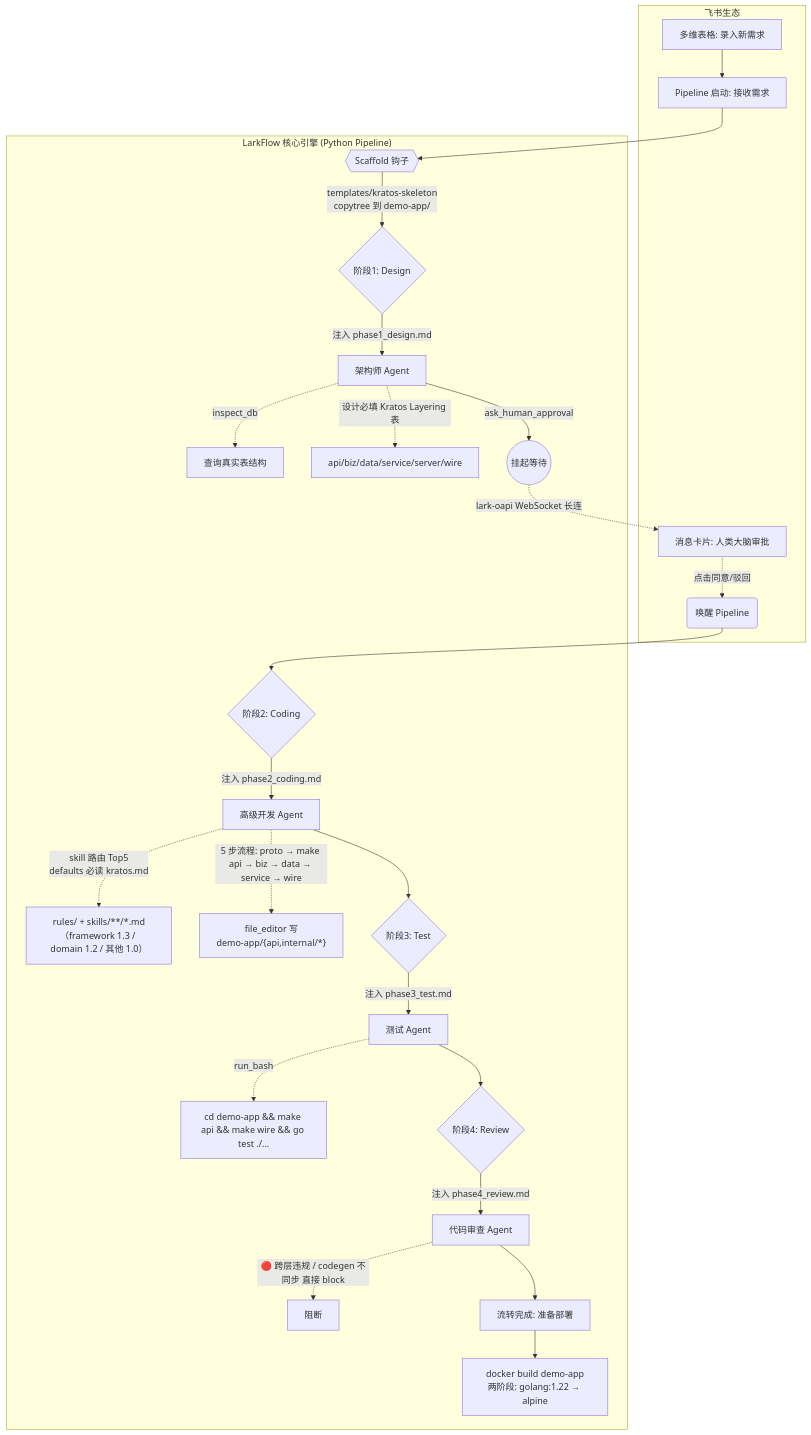
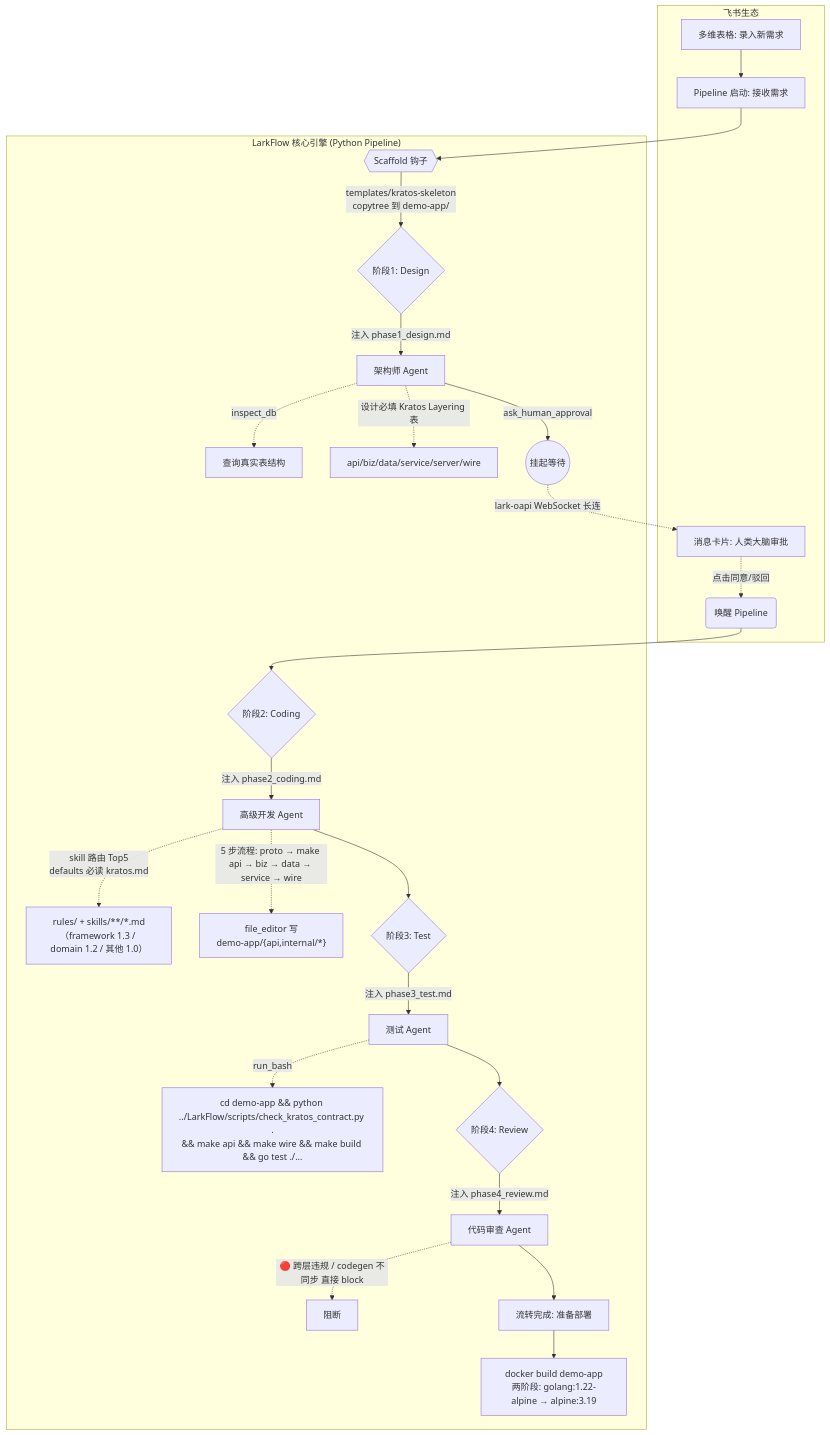
Before and after one commit to T-X-1013/LarkFlow: the diagram in README.md, drawn with Mermaid. The commit also changed other lines of this file and 22 other files, not shown here.

````diff
--- a/README.md
+++ b/README.md
@@ -24,29 +24,29 @@
 ```mermaid
 graph TD
     subgraph feishu["飞书生态"]
         A[多维表格: 录入新需求] --> B
         H[消息卡片: 人类大脑审批] -.->|点击同意/驳回| I(唤醒 Pipeline)
     end
 
     subgraph lfe["LarkFlow 核心引擎 (Python Pipeline)"]
         B[Pipeline 启动: 接收需求] --> SC{{Scaffold 钩子}}
         SC -->|templates/kratos-skeleton<br/>copytree 到 demo-app/| C{阶段1: Design}
         C -->|注入 phase1_design.md| D[架构师 Agent]
         D -.->|inspect_db| T1[查询真实表结构]
         D -.->|设计必填 Kratos Layering 表| KL[api/biz/data/service/server/wire]
         D -->|ask_human_approval| E((挂起等待))
         E -.->|lark-oapi WebSocket 长连| H
         I --> F{阶段2: Coding}
         F -->|注入 phase2_coding.md| J[高级开发 Agent]
         J -.->|skill 路由 Top5<br/>defaults 必读 kratos.md| R["rules/ + skills/**/*.md<br/>（framework 1.3 / domain 1.2 / 其他 1.0）"]
         J -.->|5 步流程: proto → make api → biz → data → service → wire| T2["file_editor 写<br/>demo-app/{api,internal/*}"]
         J --> L{阶段3: Test}
         L -->|注入 phase3_test.md| M[测试 Agent]
-        M -.->|run_bash| T3["cd demo-app && make api && make wire && go test ./..."]
+        M -.->|run_bash| T3["cd demo-app && python ../LarkFlow/scripts/check_kratos_contract.py .<br/>&& make api && make wire && make build && go test ./..."]
         M --> O{阶段4: Review}
         O -->|注入 phase4_review.md| P[代码审查 Agent]
         P -.->|🔴 跨层违规 / codegen 不同步 直接 block| RL[阻断]
         P --> N[流转完成: 准备部署]
-        N --> DP[docker build demo-app<br/>两阶段: golang:1.22 → alpine]
+        N --> DP[docker build demo-app<br/>两阶段: golang:1.22-alpine → alpine:3.19]
     end
 ```
````
